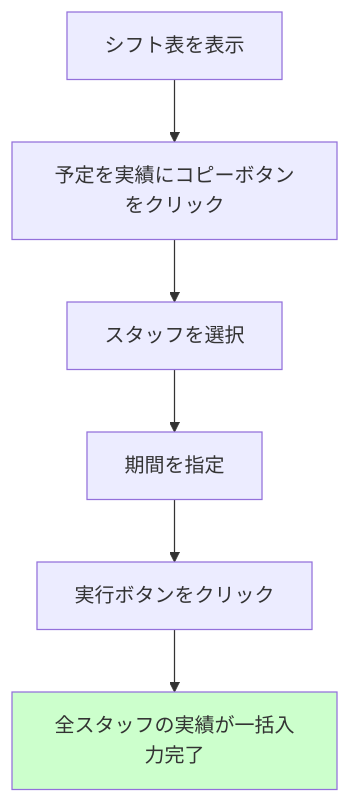
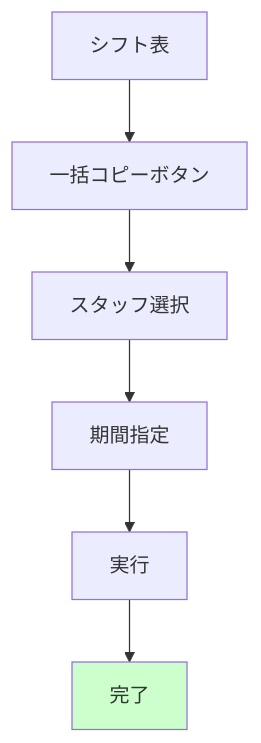
One commit to yasushi-honda/ai-care-shift-scheduler changed the fourth of 5 diagrams in docs/index.md. Above: the diagram before and after it, drawn with Mermaid. The commit also changed other lines of this file, not shown here.

````diff
--- a/docs/index.md
+++ b/docs/index.md
@@ -78,10 +79,10 @@
 ```mermaid
 flowchart TD
-    A[シフト表を表示] --> B[予定を実績にコピーボタンをクリック]
-    B --> C[スタッフを選択]
-    C --> D[期間を指定]
-    D --> E[実行ボタンをクリック]
-    E --> F[全スタッフの実績が一括入力完了]
+    A[シフト表] --> B[一括コピーボタン]
+    B --> C[スタッフ選択]
+    C --> D[期間指定]
+    D --> E[実行]
+    E --> F[完了]
 
     style F fill:#ccffcc
 ```
````
